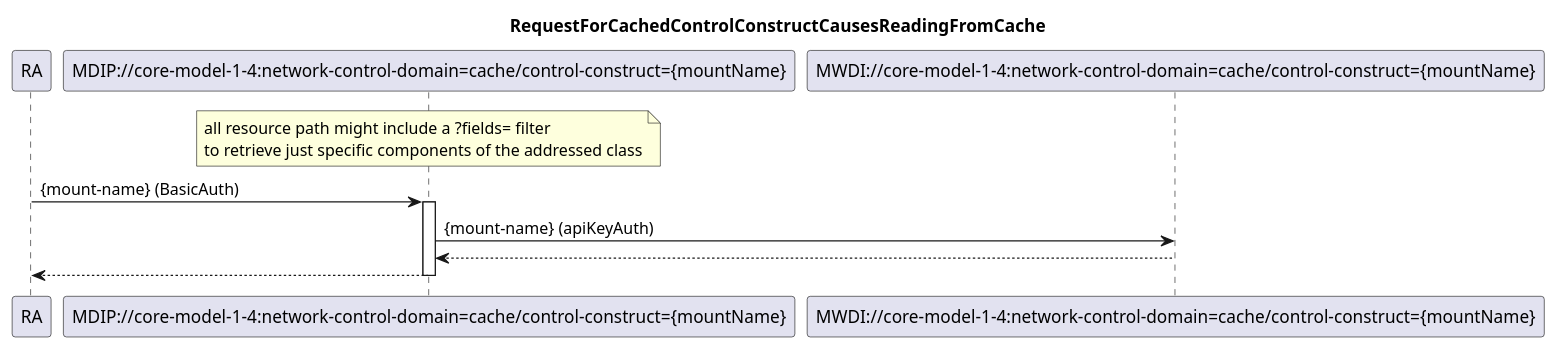
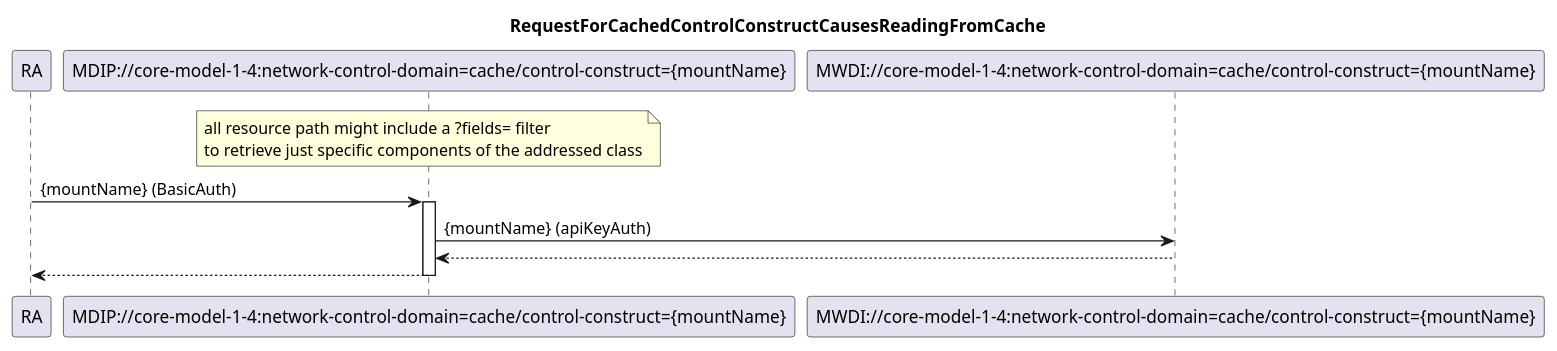
The diagram in spec/diagrams/100_provideControlConstruct.plantuml (openBackhaul/MultiDomainInventoryProxy), drawn with PlantUML before and after one commit. The commit also changed 1 other file, not shown here.

Commit message:
Correct mount-name to mountName in diagram Fixes #29

```diff
--- a/spec/diagrams/100_provideControlConstruct.plantuml
+++ b/spec/diagrams/100_provideControlConstruct.plantuml
@@ -1,25 +1,25 @@
 @startuml 100_provideControlConstruct
 skinparam responseMessageBelowArrow true
 
 title RequestForCachedControlConstructCausesReadingFromCache
 
 participant "RA" as requestor
 participant "MDIP://core-model-1-4:network-control-domain=cache/control-construct={mountName}" as MdipResourcePath
 participant "MWDI://core-model-1-4:network-control-domain=cache/control-construct={mountName}" as MwdiResourcePath
 
 
 note over MdipResourcePath
 all resource path might include a ?fields= filter
 to retrieve just specific components of the addressed class
 end note
 
-requestor -> MdipResourcePath: {mount-name} (BasicAuth)
+requestor -> MdipResourcePath: {mountName} (BasicAuth)
 activate MdipResourcePath
 
-MdipResourcePath -> MwdiResourcePath : {mount-name} (apiKeyAuth)
+MdipResourcePath -> MwdiResourcePath : {mountName} (apiKeyAuth)
 MwdiResourcePath --> MdipResourcePath
 
 MdipResourcePath --> requestor
 deactivate MdipResourcePath
 
 @enduml
```
